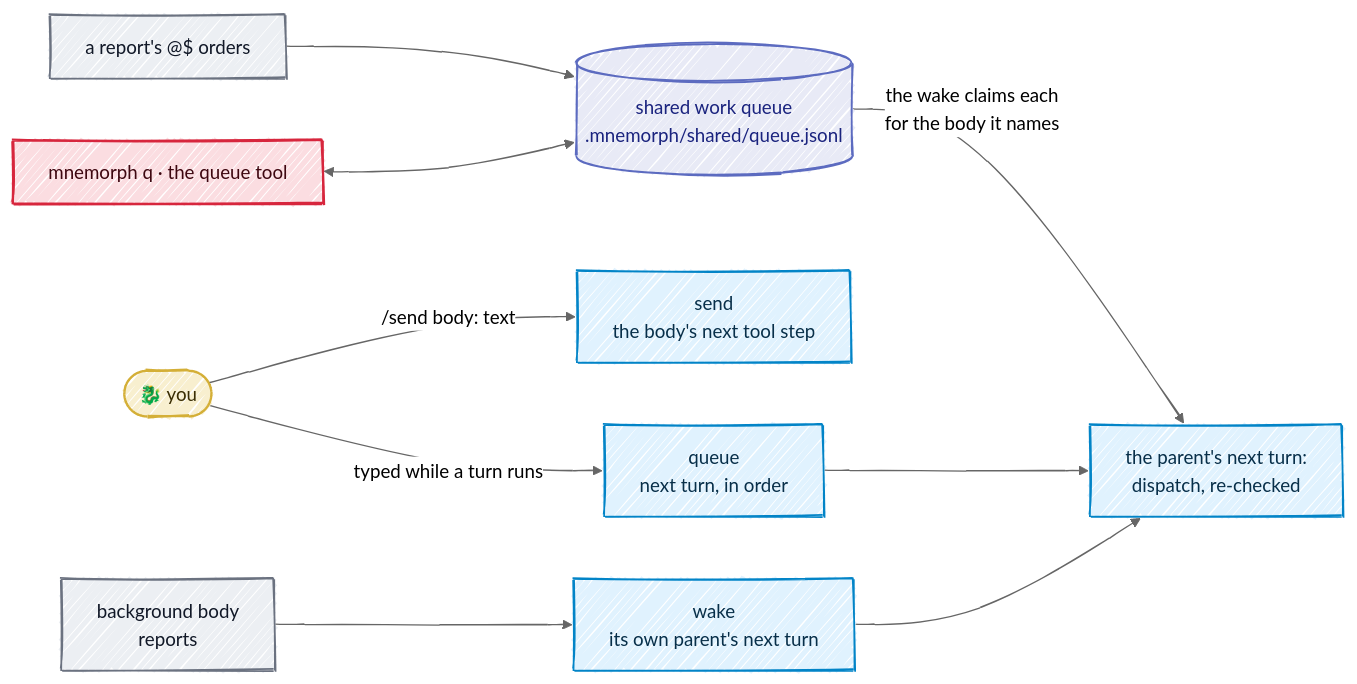
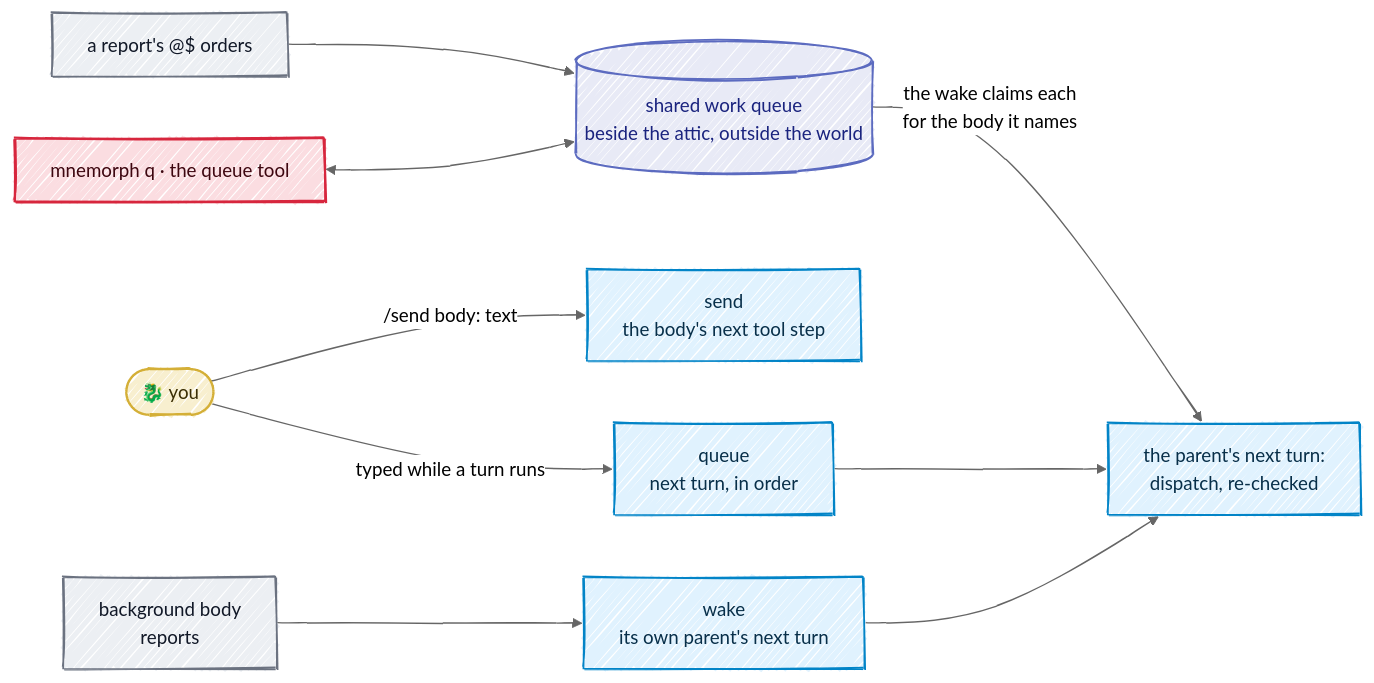
One commit to Kaginari/mnemorph changed the third of 4 diagrams in docs/04-communication.md. Above: the diagram before and after it, drawn with Mermaid. The commit also changed other lines of this file and 16 other files, not shown here.

Commit message:
M7 queue review: the store moves outside the world; seccomp refuses setsid/setpgid; only the human and the harness claim; orders go down the ranks; arrival order, wider ids, q routing

````diff
--- a/docs/04-communication.md
+++ b/docs/04-communication.md
@@ -226,28 +226,28 @@
 ```mermaid
 ---
 config:
   look: handDrawn
   theme: neutral
   flowchart:
     wrappingWidth: 360
 ---
 flowchart LR
     H(["🐉 you"]) -->|"typed while a turn runs"| Q["queue<br/>next turn, in order"]
     H -->|"/send body: text"| S["send<br/>the body's next tool step"]
     BG["background body<br/>reports"] --> W["wake<br/>its own parent's next turn"]
-    R["a report's @$ orders"] --> SQ[("shared work queue<br/>.mnemorph/shared/queue.jsonl")]
+    R["a report's @$ orders"] --> SQ[("shared work queue<br/>beside the attic, outside the world")]
     SQ -->|"the wake claims each<br/>for the body it names"| T["the parent's next turn:<br/>dispatch, re-checked"]
     Q --> T
     W --> T
     TQ["mnemorph q · the queue tool"] <--> SQ
     classDef human fill:#f8efcf,stroke:#D4AF37,stroke-width:2px,color:#3a2e05
     class H human
     classDef step fill:#e0f2fe,stroke:#0284c7,stroke-width:1.5px,color:#082f49
     class Q,S,W,T step
     classDef outside fill:#eceff3,stroke:#6b7280,stroke-width:1.5px,color:#111827
     class BG,R outside
     classDef store fill:#e8eaf6,stroke:#5c6bc0,stroke-width:1.5px,color:#1a237e
     class SQ store
     classDef kijin fill:#fbdde1,stroke:#D7263D,stroke-width:2px,color:#3d0710
     class TQ kijin
 ```
````
